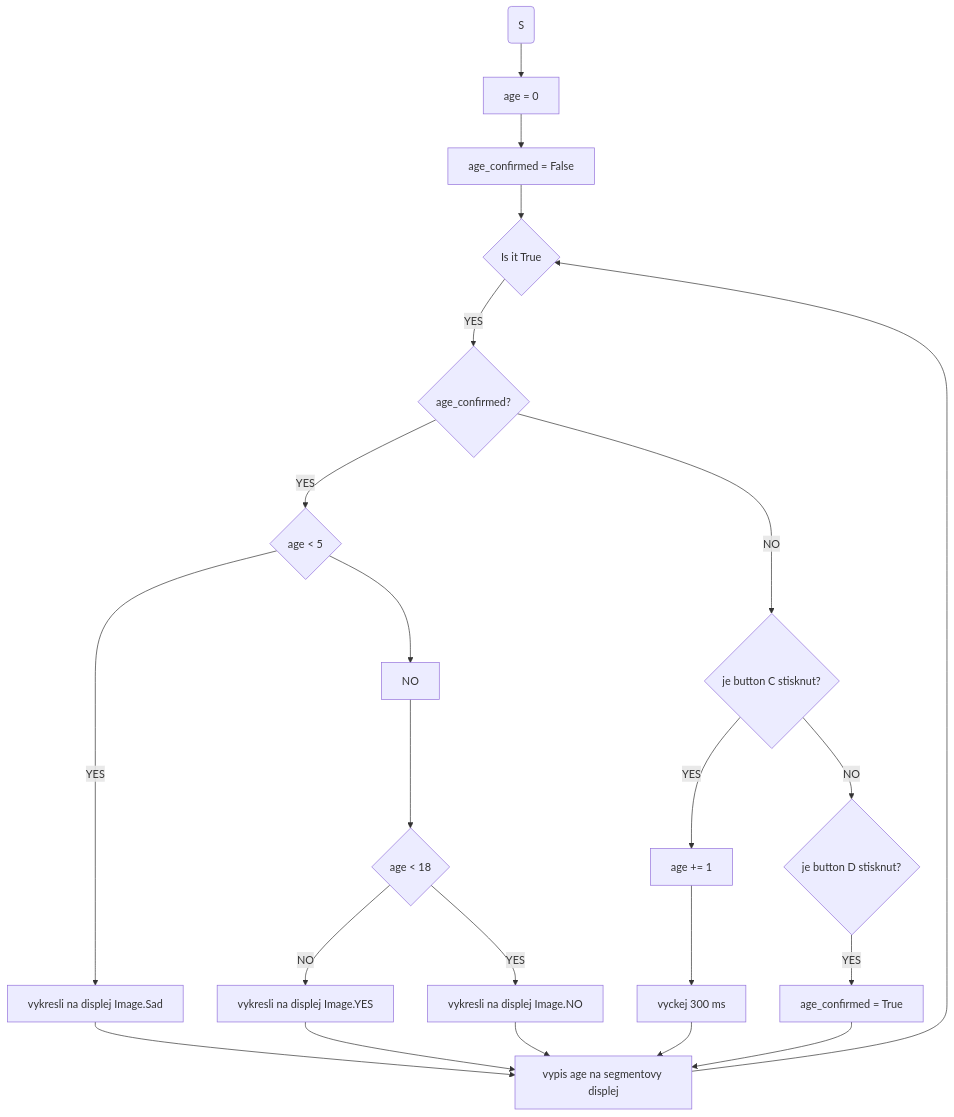
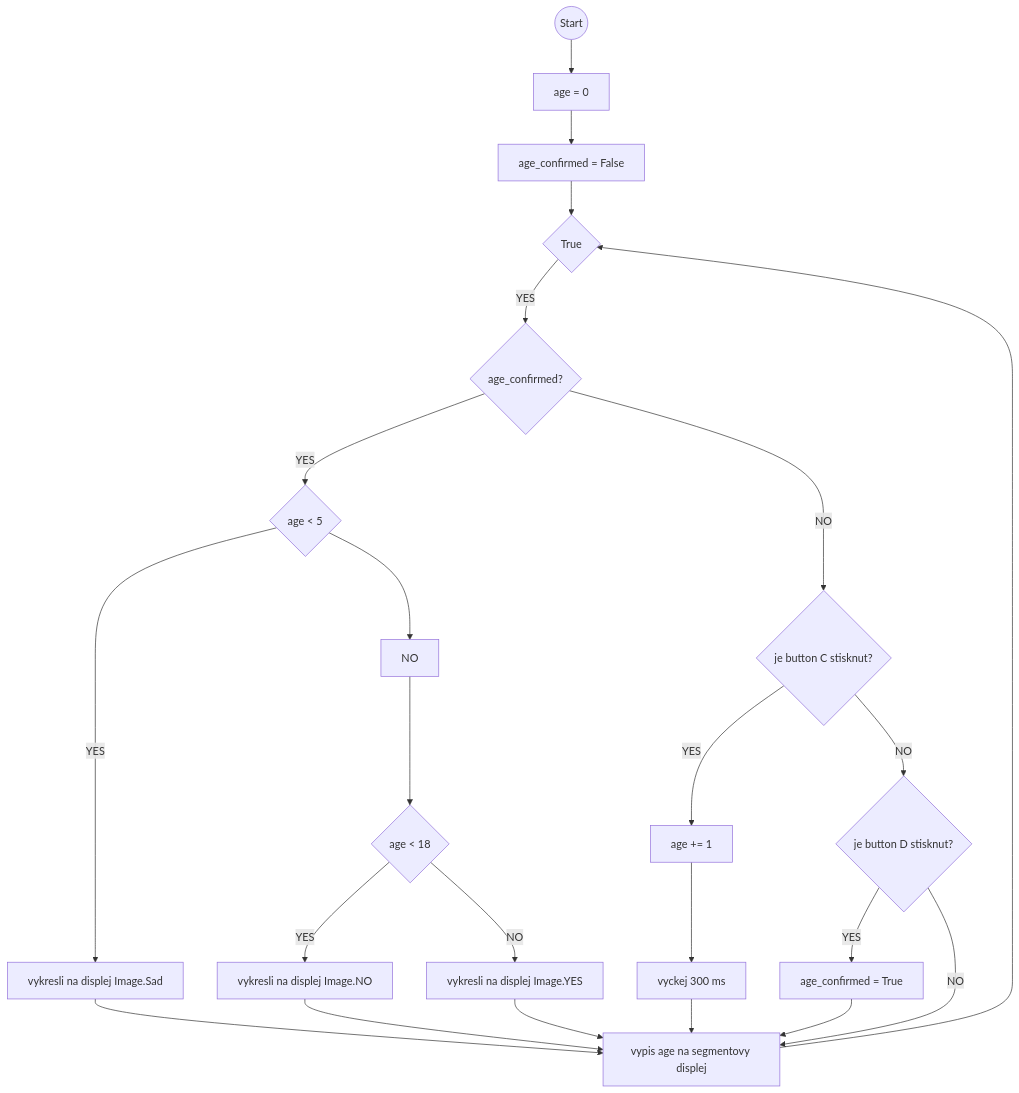
One commit to denisa-mat/BP-microbit changed the third of 3 diagrams in README.md. Above: the diagram before and after it, drawn with Mermaid. The commit also changed other lines of this file, not shown here.

Commit message:
mermaid fix

````diff
--- a/README.md
+++ b/README.md
@@ -162,23 +170,24 @@
 ``` mermaid
   graph TD;
-      A(S) --> B[age = 0];
+      A((Start)) --> B[age = 0];
       B --> C[age_confirmed = False];
-      C --> D{Is it True};
-	  D -- YES --> E{age_confirmed?};
-	  	E -- YES --> G{age < 5};
-			G -- YES --> H[vykresli na displej Image.Sad];
+      C --> D{True};
+      D -- YES --> E{age_confirmed?};
+	  E -- YES --> G{age < 5};
+		G -- YES --> H[vykresli na displej Image.Sad];
+		 H --> Q[vypis age na segmentovy displej];
 		G --> NO --> I{age < 18};
 			I -- YES --> J[vykresli na displej Image.NO];
+				J --> Q;
+			        Q --> D;
 			I -- NO --> K[vykresli na displej Image.YES];
+				K --> Q;
           E -- NO --> L{je button C stisknut?};
 	  	L -- YES --> M[age += 1];
-		M --> N[vyckej 300 ms];
+		 M --> N[vyckej 300 ms];
+		 N --> Q;
 		L -- NO --> O{je button D stisknut?};
-		O -- YES --> P[age_confirmed = True];
-      H --> Q[vypis age na segmentovy displej];
-      K --> Q;
-      J --> Q;
-      N --> Q;
-      P --> Q;
-      Q --> D;
+			O -- YES --> P[age_confirmed = True];
+      		  	 P --> Q;
+			O -- NO --> Q
 ```
````
